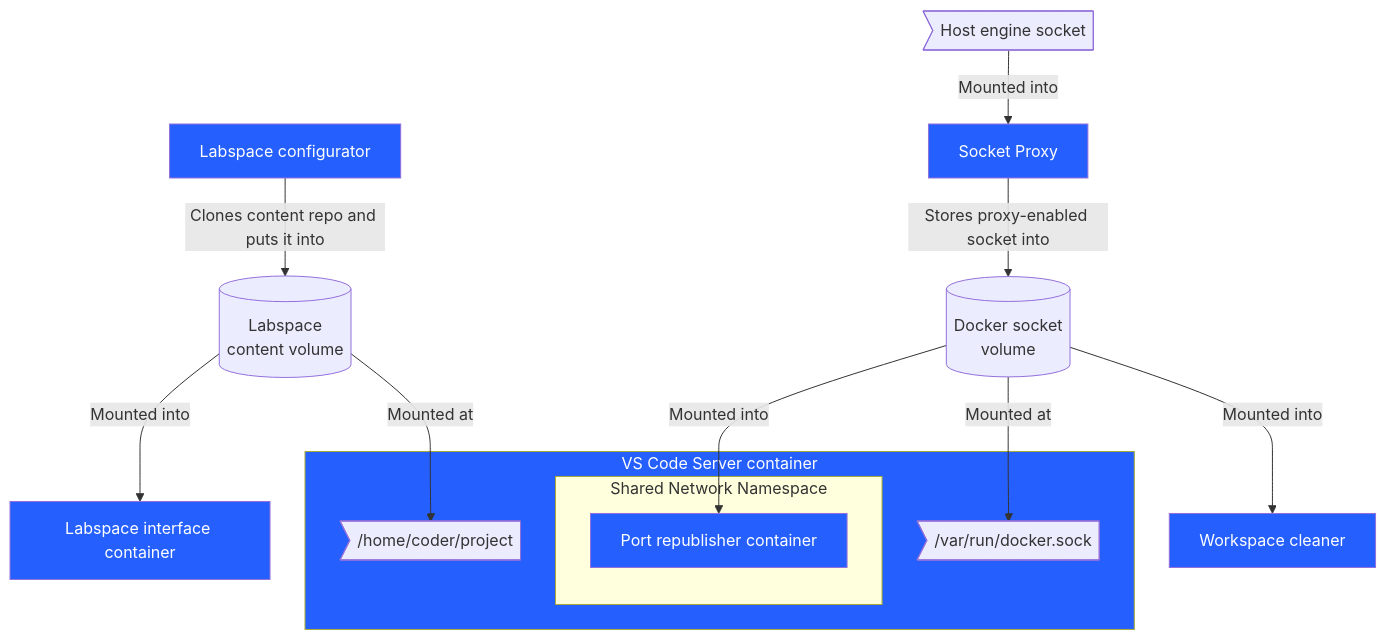
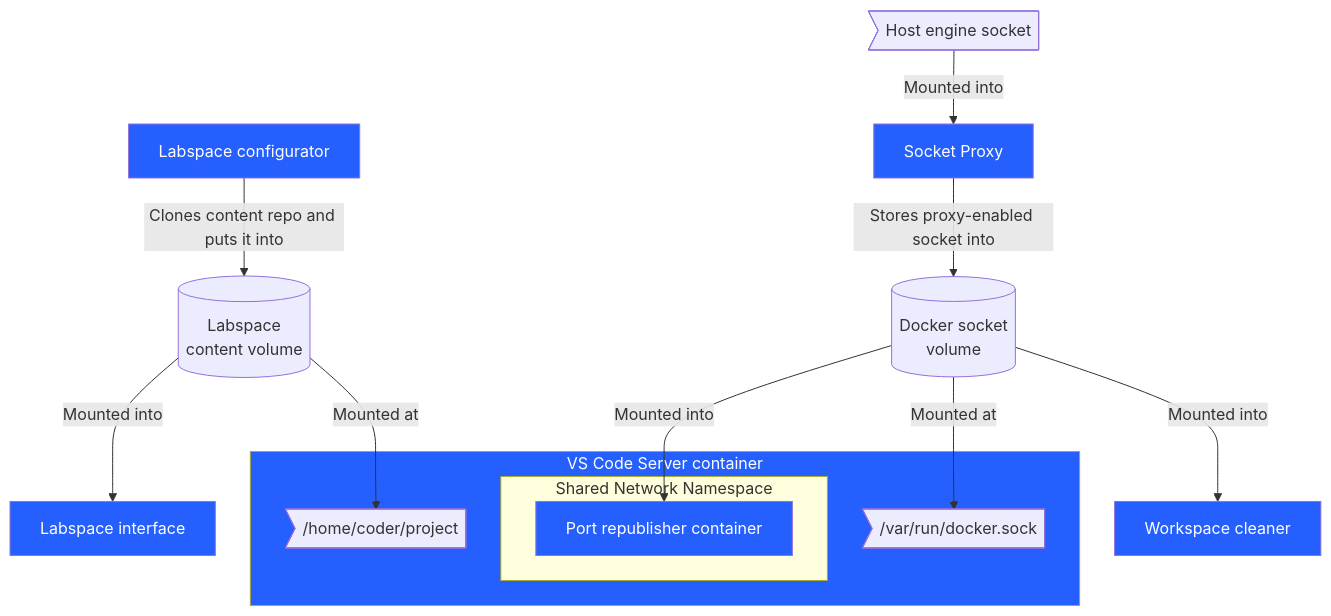
One commit to dockersamples/labspace-infra changed the diagram in README.md. Above: the diagram before and after it, drawn with Mermaid. The commit also changed other lines of this file, not shown here.

````diff
--- a/README.md
+++ b/README.md
@@ -11,28 +15,28 @@
 ```mermaid
 flowchart TD
     classDef containerNode fill:#2560FF,color:#fff
 
     subgraph VSCodeServer[VS Code Server container]
         project@{ shape: odd, label: "/home/coder/project" }
         socket@{ shape: odd, label: "/var/run/docker.sock" }
 
         subgraph Shared Network Namespace
             PortRepublisher[Port republisher container]:::containerNode
         end
     end
 
     VSCodeServer:::containerNode
 
     Setup[Labspace configurator]:::containerNode -->|Clones content repo and puts it into| Volume@{ shape: cyl, label: "Labspace\ncontent volume" }
 
-    Volume --> |Mounted into| Interface[Labspace interface container]:::containerNode
+    Volume --> |Mounted into| Interface[Labspace interface]:::containerNode
     Volume --> |Mounted at| project
 
     SocketVolume -->|Mounted into| PortRepublisher
 
     HostProxy@{ shape: odd, label: "Host engine socket" } --> |Mounted into|ProxyContainer
     ProxyContainer[Socket Proxy]:::containerNode -->|Stores proxy-enabled socket into| SocketVolume@{ shape: cyl, label: "Docker socket\nvolume" }
     SocketVolume -->|Mounted at| socket
 
     SocketVolume -->|Mounted into| WorkspaceCleaner[Workspace cleaner]:::containerNode
 ```
````
